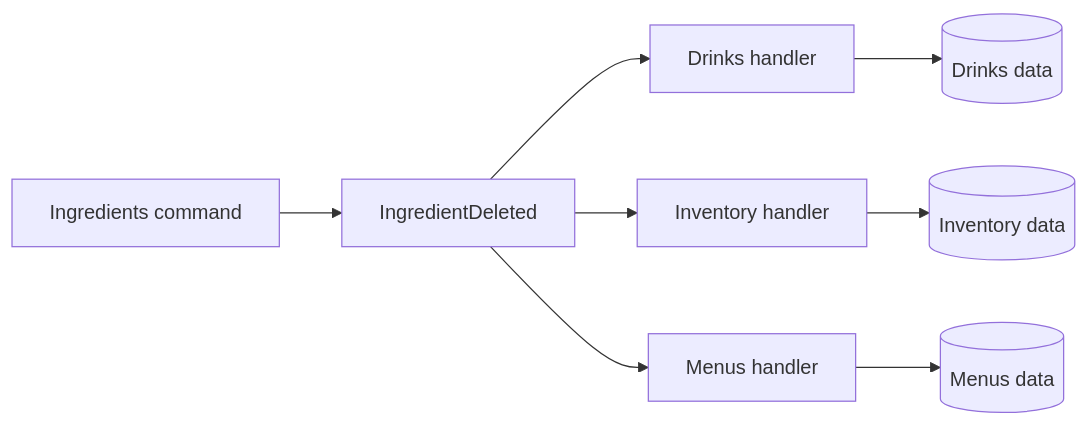
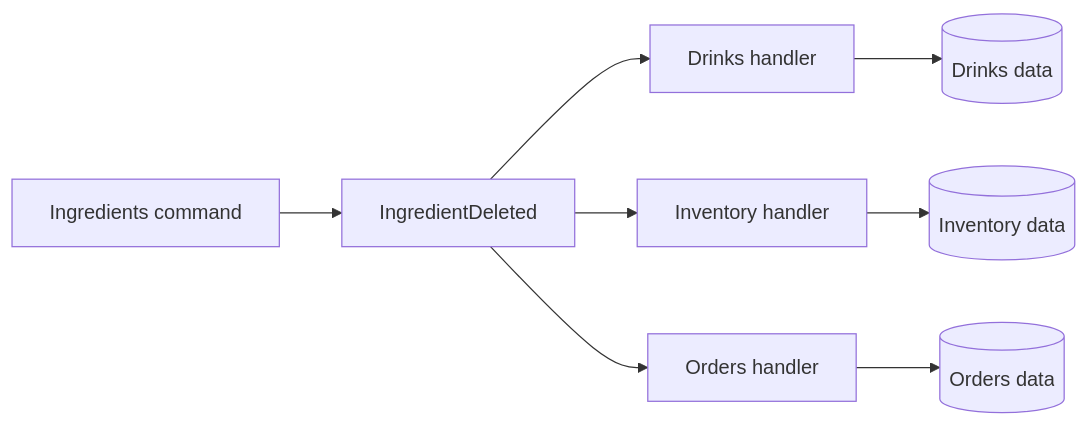
One commit to TheFellow/TheFellow.github.io changed the first of 2 diagrams in _guides/turning-cross-domain-calls-into-enforced-boundaries.md. Above: the diagram before and after it, drawn with Mermaid. The commit also changed other lines of this file and 5 other files, not shown here.

````diff
--- a/_guides/turning-cross-domain-calls-into-enforced-boundaries.md
+++ b/_guides/turning-cross-domain-calls-into-enforced-boundaries.md
@@ -79,10 +81,10 @@
 ```mermaid
 flowchart LR
     IC[Ingredients command] --> IE[IngredientDeleted]
     IE --> D[Drinks handler]
     IE --> I[Inventory handler]
-    IE --> M[Menus handler]
+    IE --> O[Orders handler]
     D --> DD[(Drinks data)]
     I --> ID[(Inventory data)]
-    M --> MD[(Menus data)]
+    O --> OD[(Orders data)]
 ```
````
